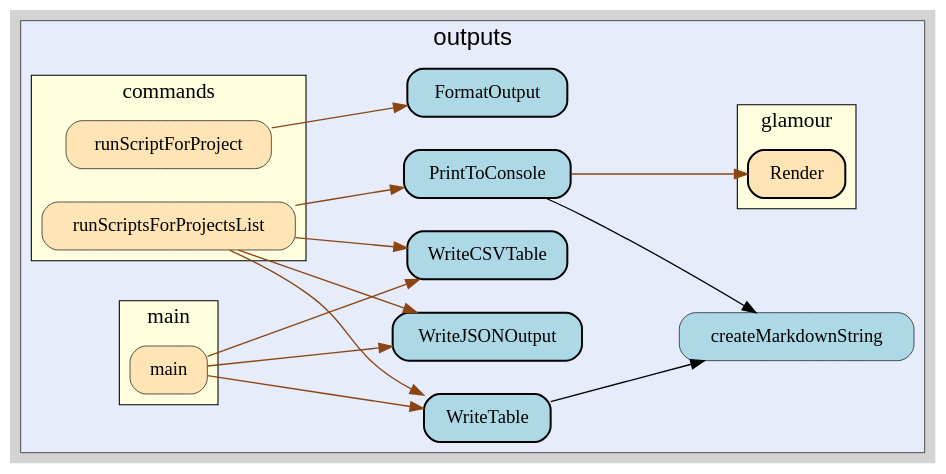
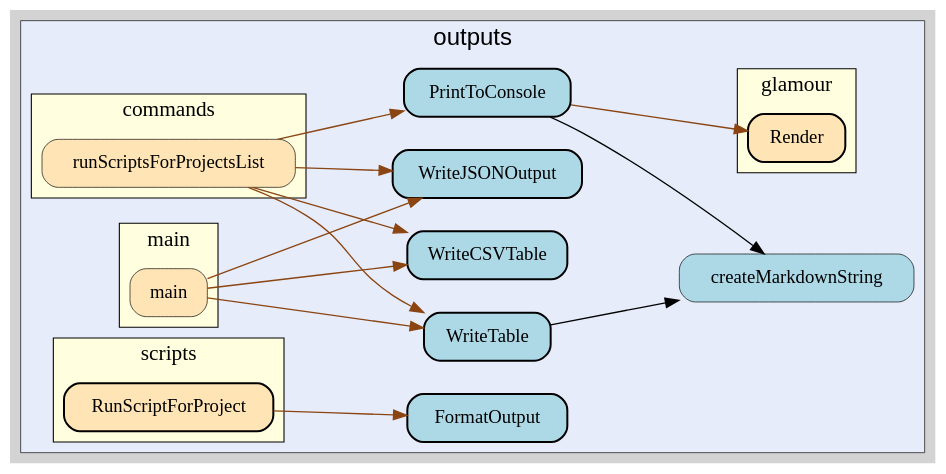
The diagram in internal/outputs/graph.gv (wcatron/query-projects), drawn with Graphviz before and after one commit. The commit also changed 5 other files, not shown here.

```diff
--- a/internal/outputs/graph.gv
+++ b/internal/outputs/graph.gv
@@ -1,89 +1,103 @@
 digraph gocallvis {
     label="";
     labeljust="l";
     fontname="Arial";
     fontsize="14";
     rankdir="LR";
     bgcolor="lightgray";
     style="solid";
     penwidth="0.5";
     pad="0.0";
     nodesep="0.35";
 
     node [shape="box" style="filled,rounded" fillcolor="honeydew" fontname="Verdana" penwidth="1.0" margin="0.16,0.0"];
     edge [minlen="2"]
 
     subgraph "cluster_focus" {
         bgcolor="#e6ecfa";
 label="outputs";
 labelloc="t";
 labeljust="c";
 fontsize="18";
         
+        "github.com/wcatron/query-projects/internal/outputs.FormatOutput" [ fillcolor="lightblue" label="FormatOutput" penwidth="1.5" tooltip="github.com/wcatron/query-projects/internal/outputs.FormatOutput | defined in csv.go:14" ]
         "github.com/wcatron/query-projects/internal/outputs.PrintToConsole" [ fillcolor="lightblue" label="PrintToConsole" penwidth="1.5" tooltip="github.com/wcatron/query-projects/internal/outputs.PrintToConsole | defined in markdown.go:36\nat markdown.go:37: calling [github.com/wcatron/query-projects/internal/outputs.createMarkdownString]\nat markdown.go:40: calling [github.com/charmbracelet/glamour.Render]" ]
         "github.com/wcatron/query-projects/internal/outputs.createMarkdownString" [ fillcolor="lightblue" label="createMarkdownString" penwidth="0.5" tooltip="github.com/wcatron/query-projects/internal/outputs.createMarkdownString | defined in markdown.go:14" ]
-        "github.com/wcatron/query-projects/internal/outputs.FormatOutput" [ tooltip="github.com/wcatron/query-projects/internal/outputs.FormatOutput | defined in csv.go:14" fillcolor="lightblue" label="FormatOutput" penwidth="1.5" ]
-        "github.com/wcatron/query-projects/internal/outputs.WriteTable" [ fillcolor="lightblue" label="WriteTable" penwidth="1.5" tooltip="github.com/wcatron/query-projects/internal/outputs.WriteTable | defined in markdown.go:49\nat markdown.go:54: calling [github.com/wcatron/query-projects/internal/outputs.createMarkdownString]" ]
+        "github.com/wcatron/query-projects/internal/outputs.WriteTable" [ penwidth="1.5" tooltip="github.com/wcatron/query-projects/internal/outputs.WriteTable | defined in markdown.go:49\nat markdown.go:54: calling [github.com/wcatron/query-projects/internal/outputs.createMarkdownString]" fillcolor="lightblue" label="WriteTable" ]
         "github.com/wcatron/query-projects/internal/outputs.WriteCSVTable" [ fillcolor="lightblue" label="WriteCSVTable" penwidth="1.5" tooltip="github.com/wcatron/query-projects/internal/outputs.WriteCSVTable | defined in csv.go:22" ]
         "github.com/wcatron/query-projects/internal/outputs.WriteJSONOutput" [ fillcolor="lightblue" label="WriteJSONOutput" penwidth="1.5" tooltip="github.com/wcatron/query-projects/internal/outputs.WriteJSONOutput | defined in json.go:14" ]
         
         subgraph "cluster_github.com/charmbracelet/glamour" {
-        rank="sink";
+        fontname="Tahoma bold";
+rank="sink";
 label="glamour";
-URL="/?f=github.com/charmbracelet/glamour";
+tooltip="package: github.com/charmbracelet/glamour";
+penwidth="0.8";
 fontsize="16";
 style="filled";
 fillcolor="lightyellow";
-tooltip="package: github.com/charmbracelet/glamour";
-penwidth="0.8";
-fontname="Tahoma bold";
+URL="/?f=github.com/charmbracelet/glamour";
         
-        "github.com/charmbracelet/glamour.Render" [ tooltip="github.com/charmbracelet/glamour.Render | defined in glamour.go:45" fillcolor="moccasin" label="Render" penwidth="1.5" ]
+        "github.com/charmbracelet/glamour.Render" [ fillcolor="moccasin" label="Render" penwidth="1.5" tooltip="github.com/charmbracelet/glamour.Render | defined in glamour.go:45" ]
         
     }
 
         subgraph "cluster_github.com/wcatron/query-projects/callvis" {
-        fontsize="16";
+        tooltip="package: github.com/wcatron/query-projects/callvis";
+fillcolor="lightyellow";
 rank="sink";
 label="main";
-tooltip="package: github.com/wcatron/query-projects/callvis";
+penwidth="0.8";
+fontsize="16";
 style="filled";
-fillcolor="lightyellow";
 fontname="Tahoma bold";
 URL="/?f=github.com/wcatron/query-projects/callvis";
-penwidth="0.8";
         
-        "github.com/wcatron/query-projects/callvis.main" [ fillcolor="moccasin" label="main" penwidth="0.5" tooltip="github.com/wcatron/query-projects/callvis.main | defined in main.go:11\nat main.go:48: calling [github.com/wcatron/query-projects/internal/outputs.WriteTable]\nat main.go:50: calling [github.com/wcatron/query-projects/internal/outputs.WriteJSONOutput]\nat main.go:49: calling [github.com/wcatron/query-projects/internal/outputs.WriteCSVTable]" ]
+        "github.com/wcatron/query-projects/callvis.main" [ penwidth="0.5" tooltip="github.com/wcatron/query-projects/callvis.main | defined in main.go:11\nat main.go:49: calling [github.com/wcatron/query-projects/internal/outputs.WriteCSVTable]\nat main.go:50: calling [github.com/wcatron/query-projects/internal/outputs.WriteJSONOutput]\nat main.go:48: calling [github.com/wcatron/query-projects/internal/outputs.WriteTable]" fillcolor="moccasin" label="main" ]
         
     }
 
         subgraph "cluster_github.com/wcatron/query-projects/internal/commands" {
-        label="commands";
-fillcolor="lightyellow";
+        fillcolor="lightyellow";
+rank="sink";
 fontname="Tahoma bold";
-rank="sink";
+label="commands";
 URL="/?f=github.com/wcatron/query-projects/internal/commands";
 tooltip="package: github.com/wcatron/query-projects/internal/commands";
 penwidth="0.8";
 fontsize="16";
 style="filled";
         
-        "github.com/wcatron/query-projects/internal/commands.runScriptForProject" [ fillcolor="moccasin" label="runScriptForProject" penwidth="0.5" tooltip="github.com/wcatron/query-projects/internal/commands.runScriptForProject | defined in run.go:249\nat run.go:284: calling [github.com/wcatron/query-projects/internal/outputs.FormatOutput]" ]
-        "github.com/wcatron/query-projects/internal/commands.runScriptsForProjectsList" [ tooltip="github.com/wcatron/query-projects/internal/commands.runScriptsForProjectsList | defined in run.go:180\nat run.go:222: calling [github.com/wcatron/query-projects/internal/outputs.WriteTable]\nat run.go:215: calling [github.com/wcatron/query-projects/internal/outputs.PrintToConsole]\nat run.go:224: calling [github.com/wcatron/query-projects/internal/outputs.WriteCSVTable]\nat run.go:226: calling [github.com/wcatron/query-projects/internal/outputs.WriteJSONOutput]" fillcolor="moccasin" label="runScriptsForProjectsList" penwidth="0.5" ]
+        "github.com/wcatron/query-projects/internal/commands.runScriptsForProjectsList" [ fillcolor="moccasin" label="runScriptsForProjectsList" penwidth="0.5" tooltip="github.com/wcatron/query-projects/internal/commands.runScriptsForProjectsList | defined in run.go:183\nat run.go:225: calling [github.com/wcatron/query-projects/internal/outputs.WriteTable]\nat run.go:229: calling [github.com/wcatron/query-projects/internal/outputs.WriteJSONOutput]\nat run.go:227: calling [github.com/wcatron/query-projects/internal/outputs.WriteCSVTable]\nat run.go:218: calling [github.com/wcatron/query-projects/internal/outputs.PrintToConsole]" ]
+        
+    }
+
+        subgraph "cluster_github.com/wcatron/query-projects/internal/scripts" {
+        rank="sink";
+tooltip="package: github.com/wcatron/query-projects/internal/scripts";
+penwidth="0.8";
+style="filled";
+fontname="Tahoma bold";
+label="scripts";
+URL="/?f=github.com/wcatron/query-projects/internal/scripts";
+fontsize="16";
+fillcolor="lightyellow";
+        
+        "github.com/wcatron/query-projects/internal/scripts.RunScriptForProject" [ fillcolor="moccasin" label="RunScriptForProject" penwidth="1.5" tooltip="github.com/wcatron/query-projects/internal/scripts.RunScriptForProject | defined in runner.go:35\nat runner.go:78: calling [github.com/wcatron/query-projects/internal/outputs.FormatOutput]" ]
         
     }
 
     }
 
+    "github.com/wcatron/query-projects/internal/outputs.WriteTable" -> "github.com/wcatron/query-projects/internal/outputs.createMarkdownString" [ tooltip="at markdown.go:54: calling [github.com/wcatron/query-projects/internal/outputs.createMarkdownString]" ]
+    "github.com/wcatron/query-projects/internal/commands.runScriptsForProjectsList" -> "github.com/wcatron/query-projects/internal/outputs.WriteTable" [ color="saddlebrown" tooltip="at run.go:225: calling [github.com/wcatron/query-projects/internal/outputs.WriteTable]" ]
+    "github.com/wcatron/query-projects/internal/commands.runScriptsForProjectsList" -> "github.com/wcatron/query-projects/internal/outputs.WriteJSONOutput" [ tooltip="at run.go:229: calling [github.com/wcatron/query-projects/internal/outputs.WriteJSONOutput]" color="saddlebrown" ]
+    "github.com/wcatron/query-projects/callvis.main" -> "github.com/wcatron/query-projects/internal/outputs.WriteCSVTable" [ color="saddlebrown" tooltip="at main.go:49: calling [github.com/wcatron/query-projects/internal/outputs.WriteCSVTable]" ]
+    "github.com/wcatron/query-projects/callvis.main" -> "github.com/wcatron/query-projects/internal/outputs.WriteJSONOutput" [ tooltip="at main.go:50: calling [github.com/wcatron/query-projects/internal/outputs.WriteJSONOutput]" color="saddlebrown" ]
+    "github.com/wcatron/query-projects/internal/scripts.RunScriptForProject" -> "github.com/wcatron/query-projects/internal/outputs.FormatOutput" [ color="saddlebrown" tooltip="at runner.go:78: calling [github.com/wcatron/query-projects/internal/outputs.FormatOutput]" ]
+    "github.com/wcatron/query-projects/internal/commands.runScriptsForProjectsList" -> "github.com/wcatron/query-projects/internal/outputs.WriteCSVTable" [ color="saddlebrown" tooltip="at run.go:227: calling [github.com/wcatron/query-projects/internal/outputs.WriteCSVTable]" ]
+    "github.com/wcatron/query-projects/callvis.main" -> "github.com/wcatron/query-projects/internal/outputs.WriteTable" [ color="saddlebrown" tooltip="at main.go:48: calling [github.com/wcatron/query-projects/internal/outputs.WriteTable]" ]
     "github.com/wcatron/query-projects/internal/outputs.PrintToConsole" -> "github.com/wcatron/query-projects/internal/outputs.createMarkdownString" [ tooltip="at markdown.go:37: calling [github.com/wcatron/query-projects/internal/outputs.createMarkdownString]" ]
     "github.com/wcatron/query-projects/internal/outputs.PrintToConsole" -> "github.com/charmbracelet/glamour.Render" [ color="saddlebrown" tooltip="at markdown.go:40: calling [github.com/charmbracelet/glamour.Render]" ]
-    "github.com/wcatron/query-projects/internal/commands.runScriptForProject" -> "github.com/wcatron/query-projects/internal/outputs.FormatOutput" [ color="saddlebrown" tooltip="at run.go:284: calling [github.com/wcatron/query-projects/internal/outputs.FormatOutput]" ]
-    "github.com/wcatron/query-projects/internal/commands.runScriptsForProjectsList" -> "github.com/wcatron/query-projects/internal/outputs.WriteTable" [ color="saddlebrown" tooltip="at run.go:222: calling [github.com/wcatron/query-projects/internal/outputs.WriteTable]" ]
-    "github.com/wcatron/query-projects/callvis.main" -> "github.com/wcatron/query-projects/internal/outputs.WriteTable" [ color="saddlebrown" tooltip="at main.go:48: calling [github.com/wcatron/query-projects/internal/outputs.WriteTable]" ]
-    "github.com/wcatron/query-projects/callvis.main" -> "github.com/wcatron/query-projects/internal/outputs.WriteJSONOutput" [ color="saddlebrown" tooltip="at main.go:50: calling [github.com/wcatron/query-projects/internal/outputs.WriteJSONOutput]" ]
-    "github.com/wcatron/query-projects/internal/outputs.WriteTable" -> "github.com/wcatron/query-projects/internal/outputs.createMarkdownString" [ tooltip="at markdown.go:54: calling [github.com/wcatron/query-projects/internal/outputs.createMarkdownString]" ]
-    "github.com/wcatron/query-projects/internal/commands.runScriptsForProjectsList" -> "github.com/wcatron/query-projects/internal/outputs.PrintToConsole" [ color="saddlebrown" tooltip="at run.go:215: calling [github.com/wcatron/query-projects/internal/outputs.PrintToConsole]" ]
-    "github.com/wcatron/query-projects/internal/commands.runScriptsForProjectsList" -> "github.com/wcatron/query-projects/internal/outputs.WriteCSVTable" [ color="saddlebrown" tooltip="at run.go:224: calling [github.com/wcatron/query-projects/internal/outputs.WriteCSVTable]" ]
-    "github.com/wcatron/query-projects/internal/commands.runScriptsForProjectsList" -> "github.com/wcatron/query-projects/internal/outputs.WriteJSONOutput" [ color="saddlebrown" tooltip="at run.go:226: calling [github.com/wcatron/query-projects/internal/outputs.WriteJSONOutput]" ]
-    "github.com/wcatron/query-projects/callvis.main" -> "github.com/wcatron/query-projects/internal/outputs.WriteCSVTable" [ color="saddlebrown" tooltip="at main.go:49: calling [github.com/wcatron/query-projects/internal/outputs.WriteCSVTable]" ]
+    "github.com/wcatron/query-projects/internal/commands.runScriptsForProjectsList" -> "github.com/wcatron/query-projects/internal/outputs.PrintToConsole" [ color="saddlebrown" tooltip="at run.go:218: calling [github.com/wcatron/query-projects/internal/outputs.PrintToConsole]" ]
 }
```
